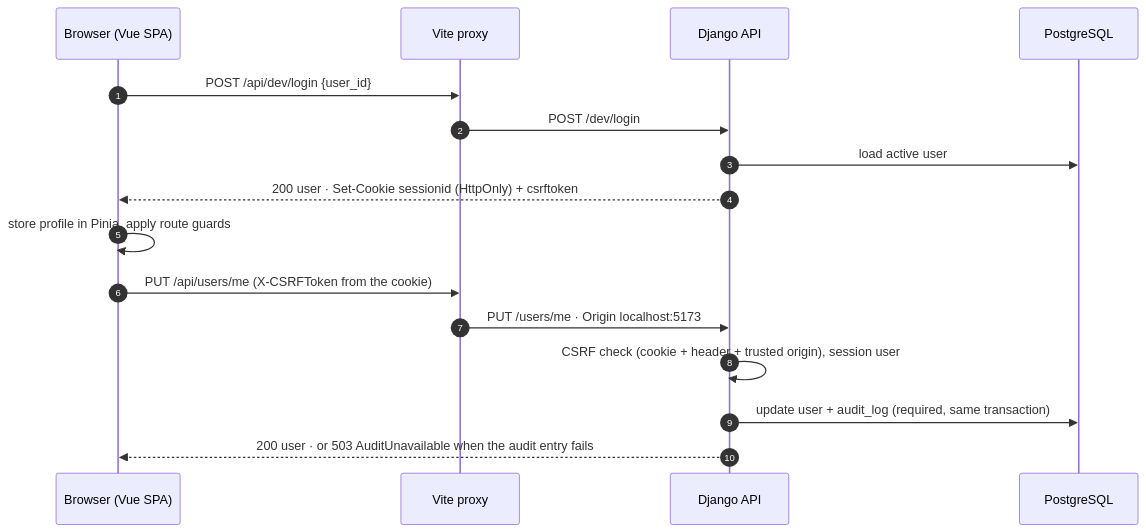
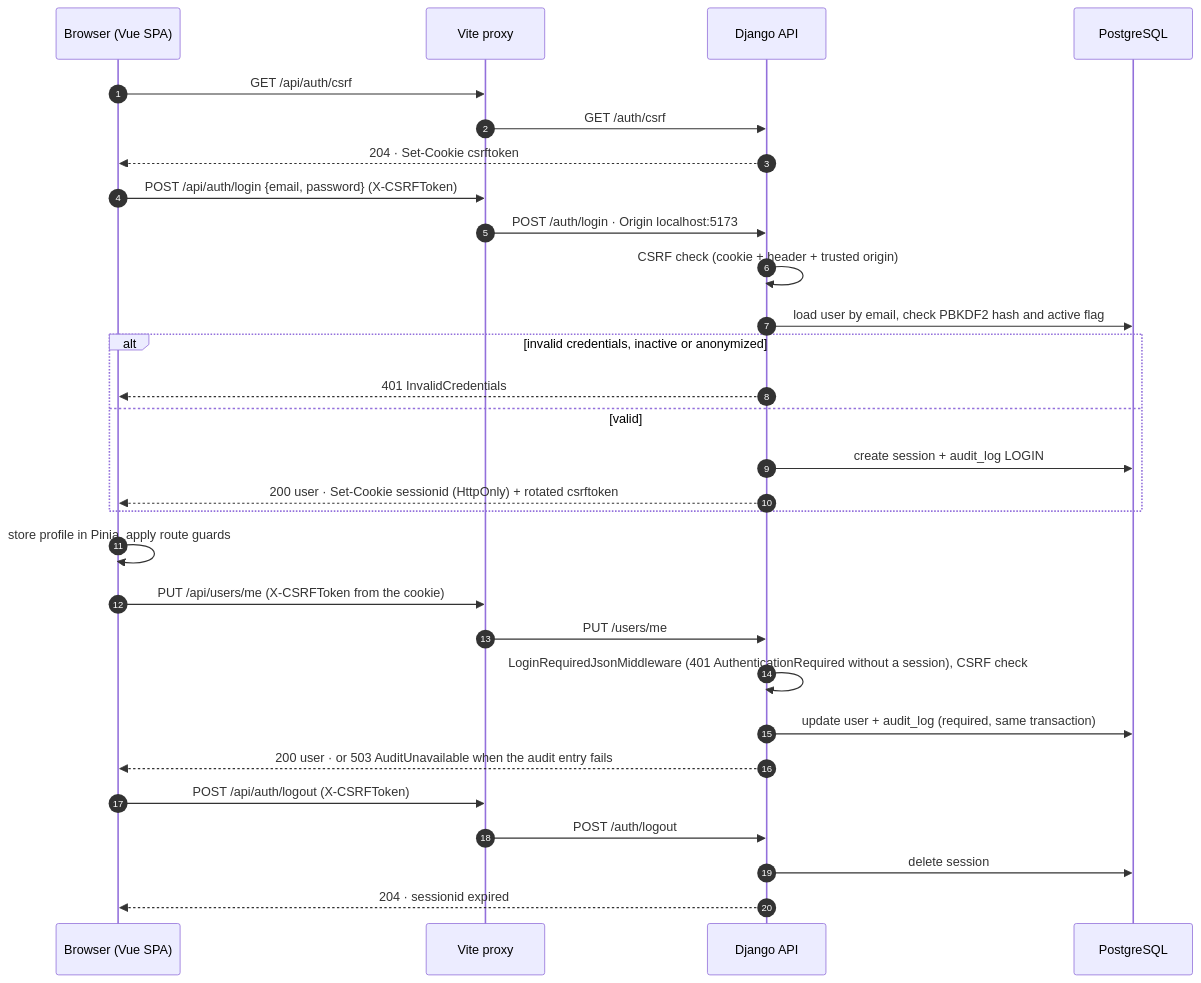
Before and after one commit to Pragma-Co/backend-indice: the diagram in docs/architecture/flow-sign-in.mmd, drawn with Mermaid. The commit also changed 3 other files, not shown here.

First line of the commit message:
docs(#104): document the authentication flow

```diff
--- a/docs/architecture/flow-sign-in.mmd
+++ b/docs/architecture/flow-sign-in.mmd
@@ -1,17 +1,30 @@
 sequenceDiagram
     autonumber
     participant B as Browser (Vue SPA)
     participant P as Vite proxy
     participant A as Django API
     participant DB as PostgreSQL
 
-    B->>P: POST /api/dev/login {user_id}
-    P->>A: POST /dev/login
-    A->>DB: load active user
-    A-->>B: 200 user · Set-Cookie sessionid (HttpOnly) + csrftoken
+    B->>P: GET /api/auth/csrf
+    P->>A: GET /auth/csrf
+    A-->>B: 204 · Set-Cookie csrftoken
+    B->>P: POST /api/auth/login {email, password} (X-CSRFToken)
+    P->>A: POST /auth/login · Origin localhost:5173
+    A->>A: CSRF check (cookie + header + trusted origin)
+    A->>DB: load user by email, check PBKDF2 hash and active flag
+    alt invalid credentials, inactive or anonymized
+        A-->>B: 401 InvalidCredentials
+    else valid
+        A->>DB: create session + audit_log LOGIN
+        A-->>B: 200 user · Set-Cookie sessionid (HttpOnly) + rotated csrftoken
+    end
     B->>B: store profile in Pinia, apply route guards
     B->>P: PUT /api/users/me (X-CSRFToken from the cookie)
-    P->>A: PUT /users/me · Origin localhost:5173
-    A->>A: CSRF check (cookie + header + trusted origin), session user
+    P->>A: PUT /users/me
+    A->>A: LoginRequiredJsonMiddleware (401 AuthenticationRequired without a session), CSRF check
     A->>DB: update user + audit_log (required, same transaction)
     A-->>B: 200 user · or 503 AuditUnavailable when the audit entry fails
+    B->>P: POST /api/auth/logout (X-CSRFToken)
+    P->>A: POST /auth/logout
+    A->>DB: delete session
+    A-->>B: 204 · sessionid expired
```
